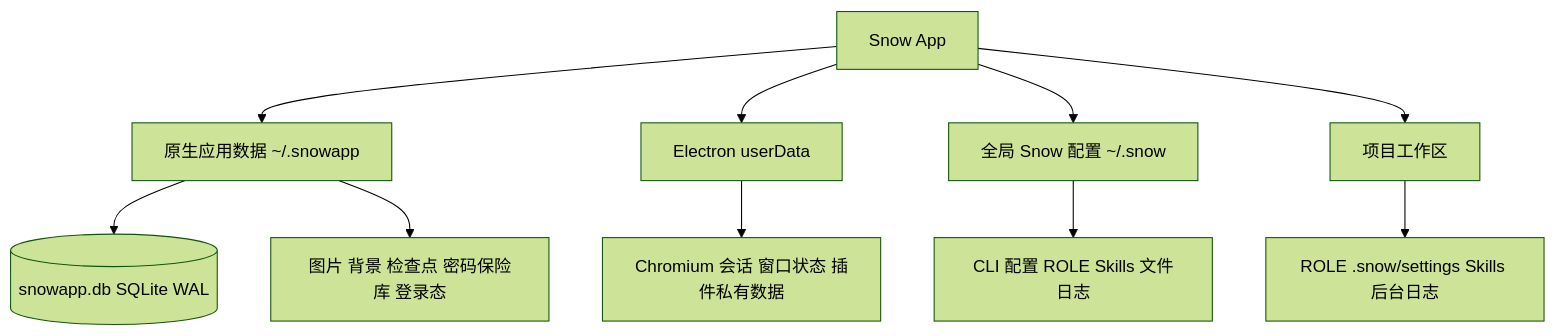
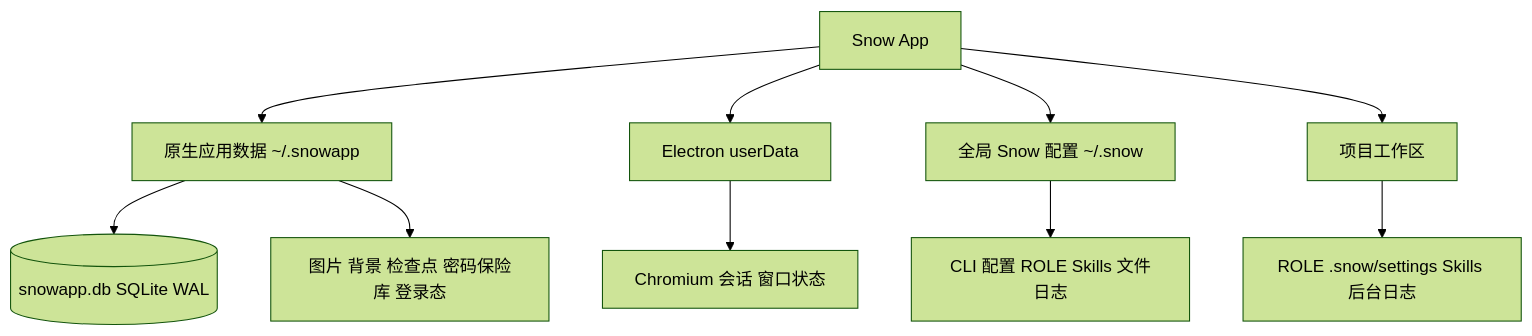
Before and after one commit to BaSui01/snow-app: the diagram in docs/zh-CN/3-参考手册/4-数据存储位置.md, drawn with Mermaid (forest theme). The commit also changed other lines of this file and 97 other files, not shown here.

````diff
--- a/docs/zh-CN/3-参考手册/4-数据存储位置.md
+++ b/docs/zh-CN/3-参考手册/4-数据存储位置.md
@@ -7,13 +7,13 @@
 ```mermaid
 flowchart TB
     APP[Snow App]
     APP --> N[原生应用数据 ~/.snowapp]
     APP --> E[Electron userData]
     APP --> G[全局 Snow 配置 ~/.snow]
     APP --> W[项目工作区]
     N --> DB[(snowapp.db SQLite WAL)]
     N --> RES[图片 背景 检查点 密码保险库 登录态]
-    E --> CH[Chromium 会话 窗口状态 插件私有数据]
+    E --> CH[Chromium 会话 窗口状态]
     G --> CFG[CLI 配置 ROLE Skills 文件日志]
     W --> PROJ[ROLE .snow/settings Skills 后台日志]
 ```
````
